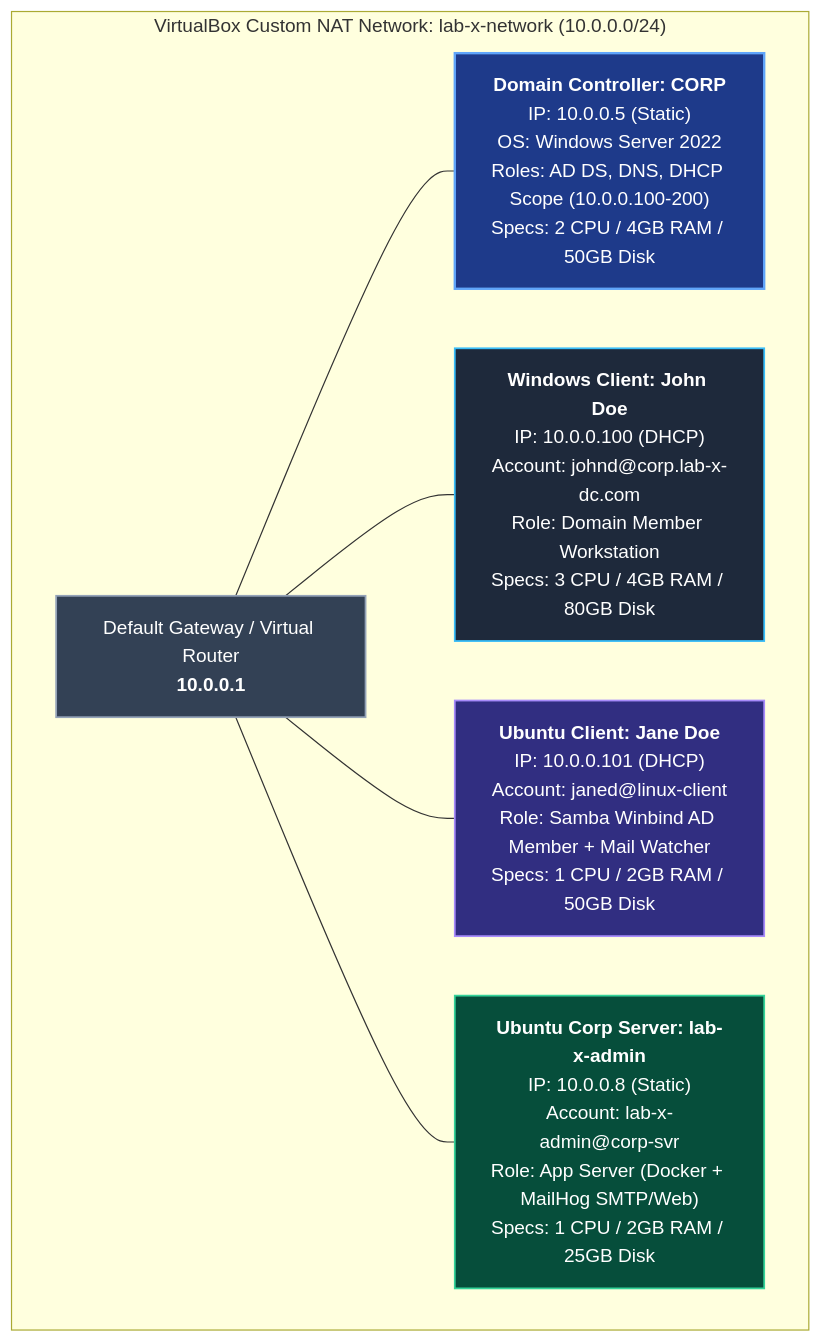
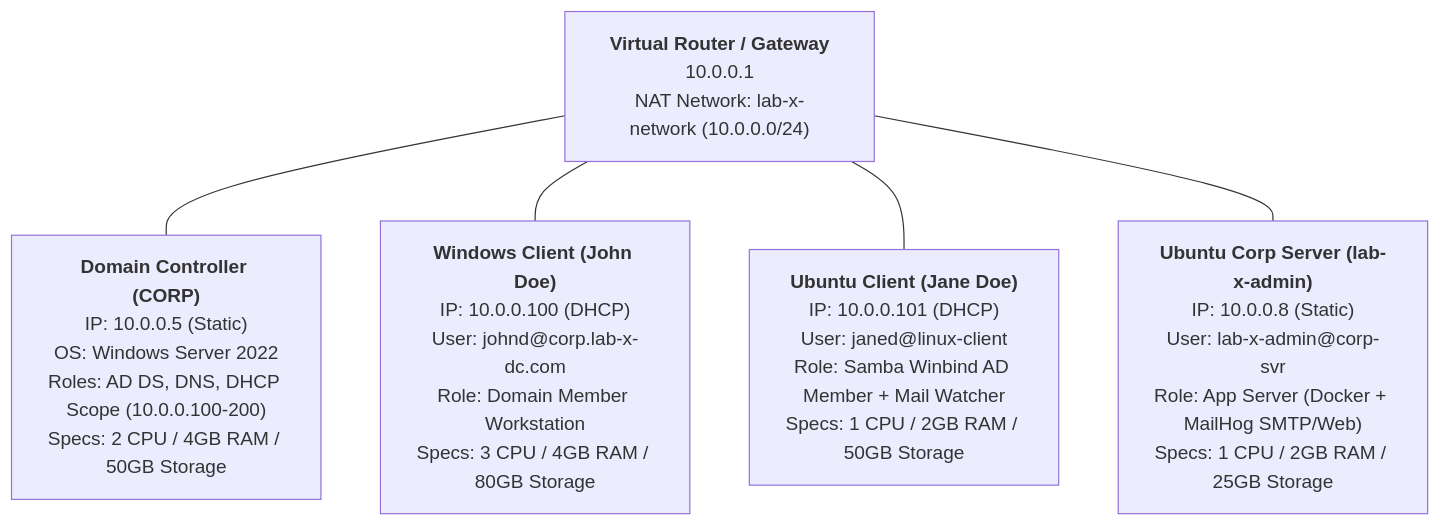
Before and after one commit to 21bitt/SOC-Lab: the diagram in README.md, drawn with Mermaid. The commit also changed other lines of this file, not shown here.

First line of the commit message:
Revise README for lab architecture and integration details

````diff
--- a/README.md
+++ b/README.md
@@ -5,24 +9,12 @@
 ```mermaid
-flowchart TD
-    subgraph NAT["VirtualBox Custom NAT Network: lab-x-network (10.0.0.0/24)"]
-        GW["Default Gateway / Virtual Router<br/><b>10.0.0.1</b>"]
-        
-        GW --- DC["<b>Domain Controller: CORP</b><br/>IP: 10.0.0.5 (Static)<br/>OS: Windows Server 2022<br/>Roles: AD DS, DNS, DHCP Scope (10.0.0.100-200)<br/>Specs: 2 CPU / 4GB RAM / 50GB Disk"]
-        
-        GW --- WIN["<b>Windows Client: John Doe</b><br/>IP: 10.0.0.100 (DHCP)<br/>Account: johnd@corp.lab-x-dc.com<br/>Role: Domain Member Workstation<br/>Specs: 3 CPU / 4GB RAM / 80GB Disk"]
-        
-        GW --- LINUX["<b>Ubuntu Client: Jane Doe</b><br/>IP: 10.0.0.101 (DHCP)<br/>Account: janed@linux-client<br/>Role: Samba Winbind AD Member + Mail Watcher<br/>Specs: 1 CPU / 2GB RAM / 50GB Disk"]
-        
-        GW --- CORP["<b>Ubuntu Corp Server: lab-x-admin</b><br/>IP: 10.0.0.8 (Static)<br/>Account: lab-x-admin@corp-svr<br/>Role: App Server (Docker + MailHog SMTP/Web)<br/>Specs: 1 CPU / 2GB RAM / 25GB Disk"]
-    end
-    classDef dcStyle fill:#1e3a8a,stroke:#60a5fa,stroke-width:2px,color:#ffffff;
-    classDef winStyle fill:#1e293b,stroke:#38bdf8,stroke-width:1.5px,color:#ffffff;
-    classDef linuxStyle fill:#312e81,stroke:#a78bfa,stroke-width:1.5px,color:#ffffff;
-    classDef serverStyle fill:#064e3b,stroke:#34d399,stroke-width:1.5px,color:#ffffff;
-    classDef gwStyle fill:#334155,stroke:#94a3b8,stroke-width:1.5px,color:#ffffff;
-    class DC dcStyle;
-    class WIN winStyle;
-    class LINUX linuxStyle;
-    class CORP serverStyle;
-    class GW gwStyle;
+graph TD
+    GW["<b>Virtual Router / Gateway</b><br/>10.0.0.1<br/>NAT Network: lab-x-network (10.0.0.0/24)"]
+
+    GW --- DC["<b>Domain Controller (CORP)</b><br/>IP: 10.0.0.5 (Static)<br/>OS: Windows Server 2022<br/>Roles: AD DS, DNS, DHCP Scope (10.0.0.100-200)<br/>Specs: 2 CPU / 4GB RAM / 50GB Storage"]
+
+    GW --- WIN["<b>Windows Client (John Doe)</b><br/>IP: 10.0.0.100 (DHCP)<br/>User: johnd@corp.lab-x-dc.com<br/>Role: Domain Member Workstation<br/>Specs: 3 CPU / 4GB RAM / 80GB Storage"]
+
+    GW --- LINUX["<b>Ubuntu Client (Jane Doe)</b><br/>IP: 10.0.0.101 (DHCP)<br/>User: janed@linux-client<br/>Role: Samba Winbind AD Member + Mail Watcher<br/>Specs: 1 CPU / 2GB RAM / 50GB Storage"]
+
+    GW --- CORP["<b>Ubuntu Corp Server (lab-x-admin)</b><br/>IP: 10.0.0.8 (Static)<br/>User: lab-x-admin@corp-svr<br/>Role: App Server (Docker + MailHog SMTP/Web)<br/>Specs: 1 CPU / 2GB RAM / 25GB Storage"]
 ```
````
